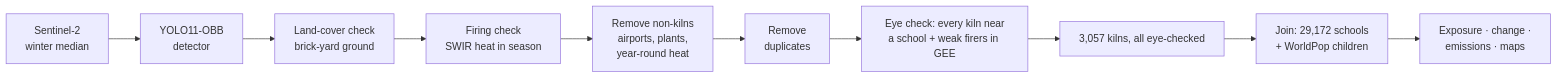
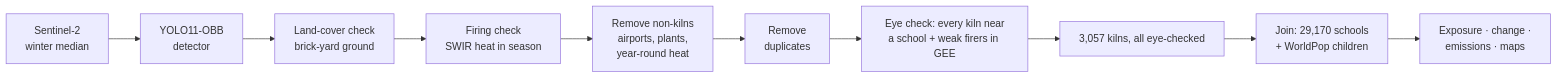
One commit to rashmi049-clutch/kilnwatch changed the diagram in README.md. Above: the diagram before and after it, drawn with Mermaid. The commit also changed other lines of this file and 19 other files, not shown here.

````diff
--- a/README.md
+++ b/README.md
@@ -55,12 +55,12 @@
 ```mermaid
 flowchart LR
     A[Sentinel-2<br>winter median] --> B[YOLO11-OBB<br>detector]
     B --> C[Land-cover check<br>brick-yard ground]
     C --> D[Firing check<br>SWIR heat in season]
     D --> E[Remove non-kilns<br>airports, plants,<br>year-round heat]
     E --> F[Remove<br>duplicates]
     F --> V[Eye check: every kiln near<br>a school + weak firers in GEE]
     V --> G[3,057 kilns, all eye-checked]
-    G --> H[Join: 29,172 schools<br>+ WorldPop children]
+    G --> H[Join: 29,170 schools<br>+ WorldPop children]
     H --> I[Exposure · change ·<br>emissions · maps]
 ```
````
